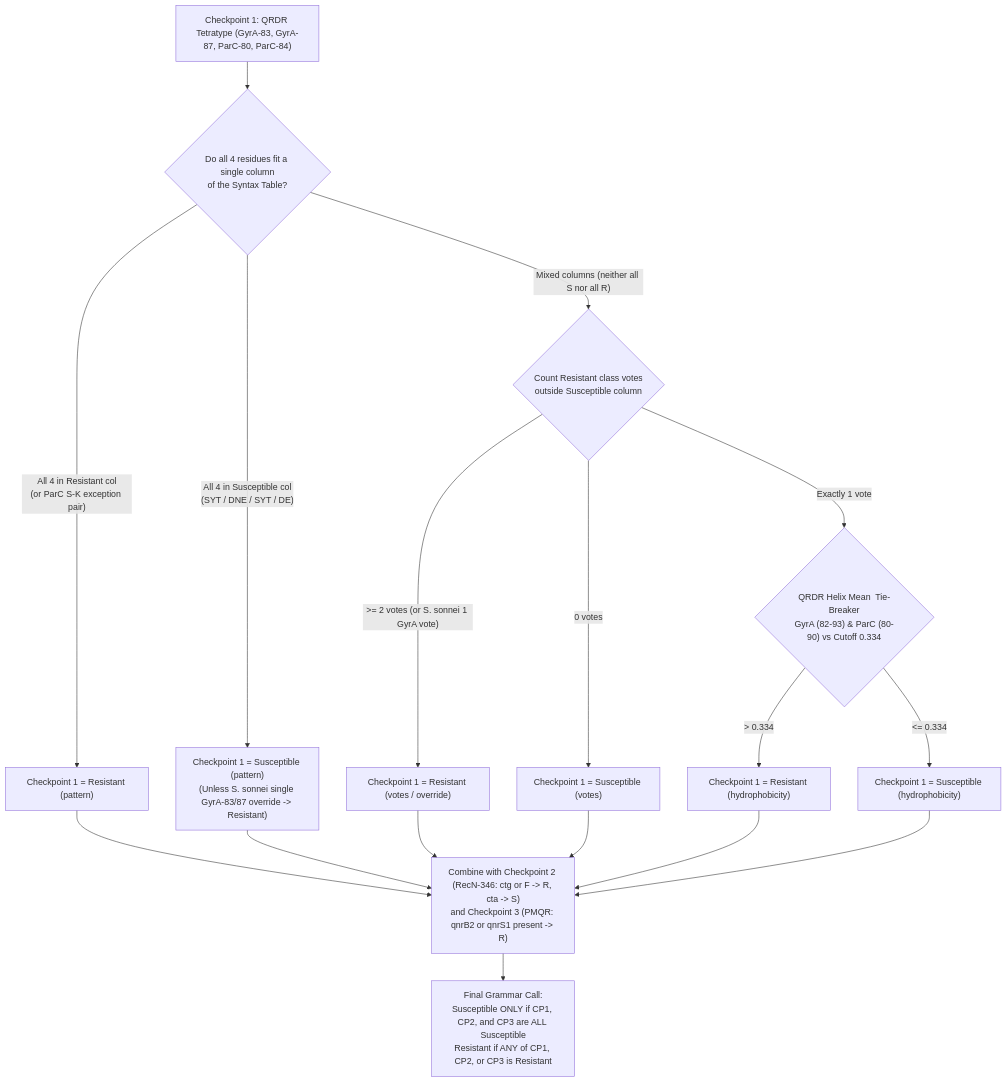
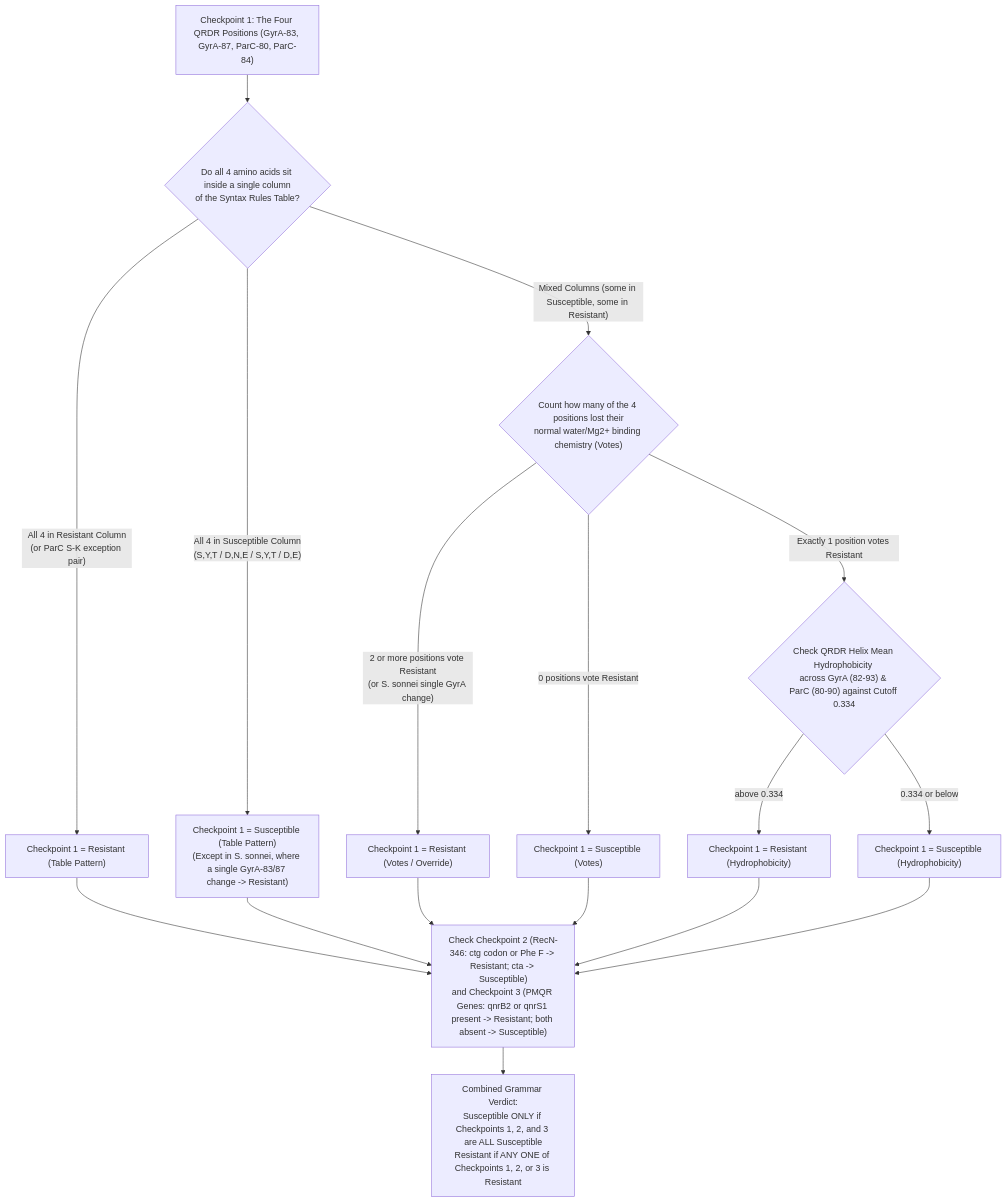
The second of 3 diagrams in readme.md (ikbalsk/Septatyper), drawn with Mermaid before and after one commit. The commit also changed other lines of this file and 1 other file, not shown here.

````diff
--- a/readme.md
+++ b/readme.md
@@ -257,14 +165,14 @@
 ```mermaid
 flowchart TD
-    A["Checkpoint 1: QRDR Tetratype (GyrA-83, GyrA-87, ParC-80, ParC-84)"] --> B{"Do all 4 residues fit a single column<br/>of the Syntax Table?"}
-    B -- "All 4 in Resistant col<br/>(or ParC S-K exception pair)" --> R1["Checkpoint 1 = Resistant (pattern)"]
-    B -- "All 4 in Susceptible col<br/>(SYT / DNE / SYT / DE)" --> S1["Checkpoint 1 = Susceptible (pattern)<br/>(Unless S. sonnei single GyrA-83/87 override -> Resistant)"]
-    B -- "Mixed columns (neither all S nor all R)" --> C{"Count Resistant class votes<br/>outside Susceptible column"}
-    C -- ">= 2 votes (or S. sonnei 1 GyrA vote)" --> R2["Checkpoint 1 = Resistant (votes / override)"]
-    C -- "0 votes" --> S2["Checkpoint 1 = Susceptible (votes)"]
-    C -- "Exactly 1 vote" --> D{"QRDR Helix Mean <H> Tie-Breaker<br/>GyrA (82-93) & ParC (80-90) vs Cutoff 0.334"}
-    D -- "<H> > 0.334" --> R3["Checkpoint 1 = Resistant (hydrophobicity)"]
-    D -- "<H> <= 0.334" --> S3["Checkpoint 1 = Susceptible (hydrophobicity)"]
-    R1 & S1 & R2 & S2 & R3 & S3 --> E["Combine with Checkpoint 2 (RecN-346: ctg or F -> R, cta -> S)<br/>and Checkpoint 3 (PMQR: qnrB2 or qnrS1 present -> R)"]
-    E --> F["Final Grammar Call:<br/>Susceptible ONLY if CP1, CP2, and CP3 are ALL Susceptible<br/>Resistant if ANY of CP1, CP2, or CP3 is Resistant"]
+    A["Checkpoint 1: The Four QRDR Positions (GyrA-83, GyrA-87, ParC-80, ParC-84)"] --> B{"Do all 4 amino acids sit inside a single column<br/>of the Syntax Rules Table?"}
+    B -- "All 4 in Resistant Column<br/>(or ParC S-K exception pair)" --> R1["Checkpoint 1 = Resistant (Table Pattern)"]
+    B -- "All 4 in Susceptible Column<br/>(S,Y,T / D,N,E / S,Y,T / D,E)" --> S1["Checkpoint 1 = Susceptible (Table Pattern)<br/>(Except in S. sonnei, where a single GyrA-83/87 change -> Resistant)"]
+    B -- "Mixed Columns (some in Susceptible, some in Resistant)" --> C{"Count how many of the 4 positions lost their<br/>normal water/Mg2+ binding chemistry (Votes)"}
+    C -- "2 or more positions vote Resistant<br/>(or S. sonnei single GyrA change)" --> R2["Checkpoint 1 = Resistant (Votes / Override)"]
+    C -- "0 positions vote Resistant" --> S2["Checkpoint 1 = Susceptible (Votes)"]
+    C -- "Exactly 1 position votes Resistant" --> D{"Check QRDR Helix Mean Hydrophobicity <H><br/>across GyrA (82-93) & ParC (80-90) against Cutoff 0.334"}
+    D -- "<H> above 0.334" --> R3["Checkpoint 1 = Resistant (Hydrophobicity)"]
+    D -- "<H> 0.334 or below" --> S3["Checkpoint 1 = Susceptible (Hydrophobicity)"]
+    R1 & S1 & R2 & S2 & R3 & S3 --> E["Check Checkpoint 2 (RecN-346: ctg codon or Phe F -> Resistant; cta -> Susceptible)<br/>and Checkpoint 3 (PMQR Genes: qnrB2 or qnrS1 present -> Resistant; both absent -> Susceptible)"]
+    E --> F["Combined Grammar Verdict:<br/>Susceptible ONLY if Checkpoints 1, 2, and 3 are ALL Susceptible<br/>Resistant if ANY ONE of Checkpoints 1, 2, or 3 is Resistant"]
 ```
````
